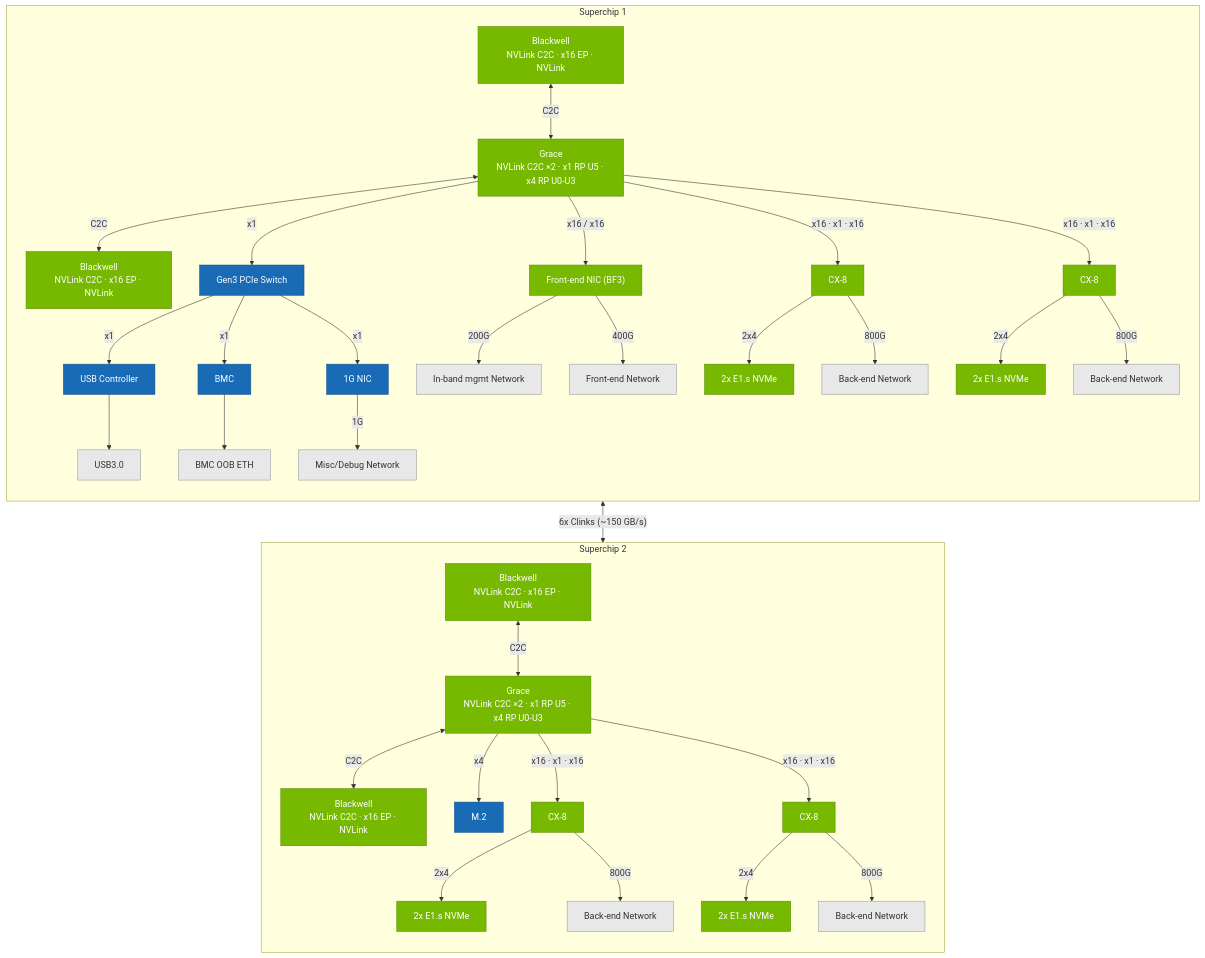
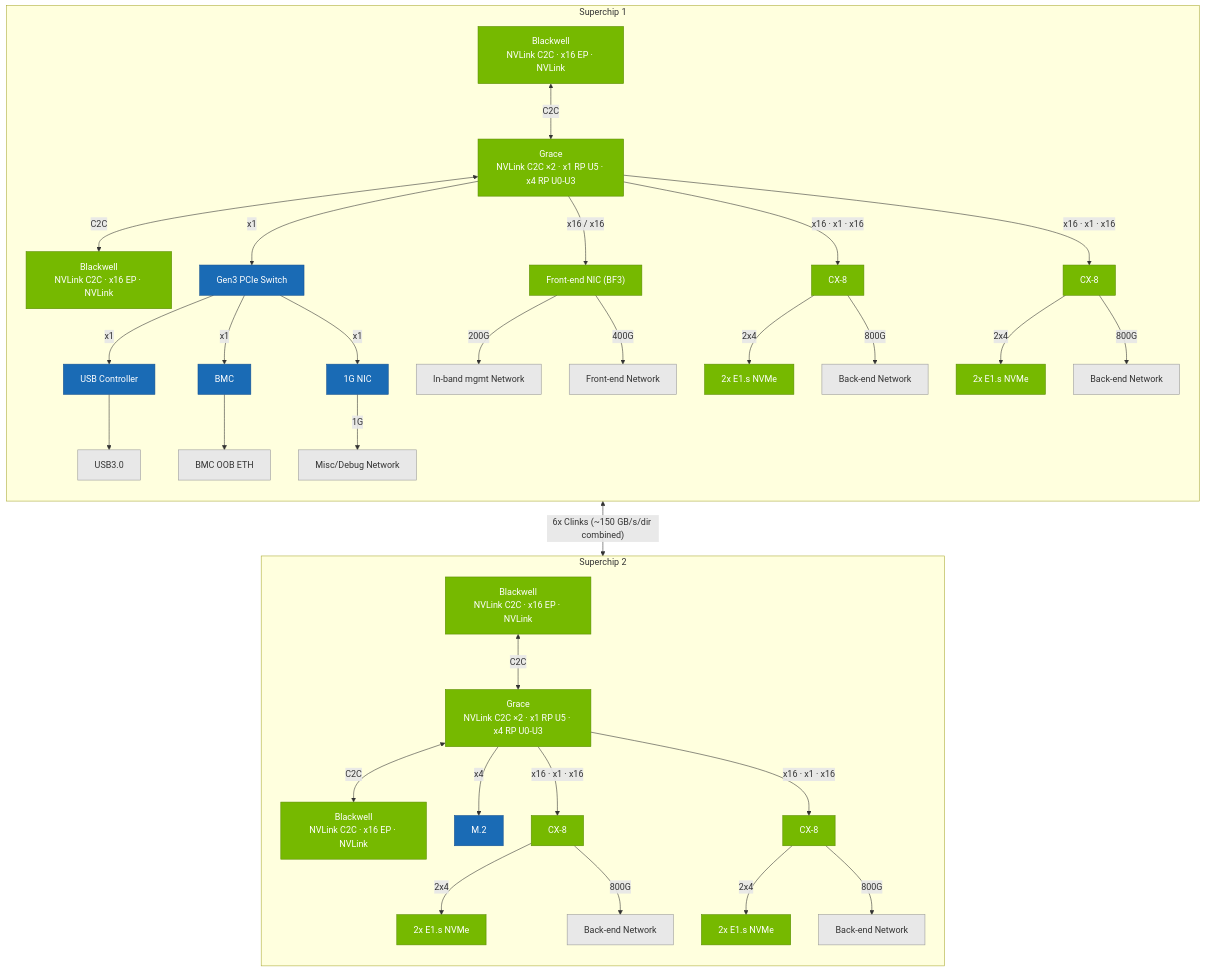
The third of 11 diagrams in nvl72.md (dfwguy/validation), drawn with Mermaid before and after one commit. The commit also changed other lines of this file, not shown here.

````diff
--- a/nvl72.md
+++ b/nvl72.md
@@ -145,79 +145,79 @@
 ```mermaid
 flowchart TB
     classDef nvidia fill:#76b900,color:#fff,stroke:#5a8c00
     classDef mgmt   fill:#1a6bb5,color:#fff,stroke:#145090
     classDef ext    fill:#e8e8e8,color:#333,stroke:#999
 
     subgraph SC1["Superchip 1"]
         direction TB
         B1L["Blackwell<br/>NVLink C2C · x16 EP · NVLink"]:::nvidia
         G1["Grace<br/>NVLink C2C ×2 · x1 RP U5 · x4 RP U0-U3"]:::nvidia
         B1R["Blackwell<br/>NVLink C2C · x16 EP · NVLink"]:::nvidia
         B1L <-->|"C2C"| G1
         G1  <-->|"C2C"| B1R
 
         PCIE1["Gen3 PCIe Switch"]:::mgmt
         BF3["Front-end NIC (BF3)"]:::nvidia
         CX8_1A["CX-8"]:::nvidia
         CX8_1B["CX-8"]:::nvidia
         G1 -->|"x1"| PCIE1
         G1 -->|"x16 / x16"| BF3
         G1 -->|"x16 · x1 · x16"| CX8_1A
         G1 -->|"x16 · x1 · x16"| CX8_1B
 
         USB["USB Controller"]:::mgmt
         BMC["BMC"]:::mgmt
         NIC1G["1G NIC"]:::mgmt
         PCIE1 -->|"x1"| USB
         PCIE1 -->|"x1"| BMC
         PCIE1 -->|"x1"| NIC1G
 
         NVME1A["2x E1.s NVMe"]:::nvidia
         NVME1B["2x E1.s NVMe"]:::nvidia
         CX8_1A -->|"2x4"| NVME1A
         CX8_1B -->|"2x4"| NVME1B
 
         USB30["USB3.0"]:::ext
         BMCOOB["BMC OOB ETH"]:::ext
         MISC["Misc/Debug Network"]:::ext
         IBMGMT["In-band mgmt Network"]:::ext
         FENET["Front-end Network"]:::ext
         BE1["Back-end Network"]:::ext
         BE2["Back-end Network"]:::ext
         USB    --> USB30
         BMC    --> BMCOOB
         NIC1G  -->|"1G"| MISC
         BF3    -->|"200G"| IBMGMT
         BF3    -->|"400G"| FENET
         CX8_1A -->|"800G"| BE1
         CX8_1B -->|"800G"| BE2
     end
 
     subgraph SC2["Superchip 2"]
         direction TB
         B2L["Blackwell<br/>NVLink C2C · x16 EP · NVLink"]:::nvidia
         G2["Grace<br/>NVLink C2C ×2 · x1 RP U5 · x4 RP U0-U3"]:::nvidia
         B2R["Blackwell<br/>NVLink C2C · x16 EP · NVLink"]:::nvidia
         B2L <-->|"C2C"| G2
         G2  <-->|"C2C"| B2R
 
         M2["M.2"]:::mgmt
         CX8_2A["CX-8"]:::nvidia
         CX8_2B["CX-8"]:::nvidia
         G2 -->|"x4"| M2
         G2 -->|"x16 · x1 · x16"| CX8_2A
         G2 -->|"x16 · x1 · x16"| CX8_2B
 
         NVME2A["2x E1.s NVMe"]:::nvidia
         NVME2B["2x E1.s NVMe"]:::nvidia
         CX8_2A -->|"2x4"| NVME2A
         CX8_2B -->|"2x4"| NVME2B
 
         BE3["Back-end Network"]:::ext
         BE4["Back-end Network"]:::ext
         CX8_2A -->|"800G"| BE3
         CX8_2B -->|"800G"| BE4
     end
 
-    G1 <-->|"6x Clinks (~150 GB/s)"| G2
+    G1 <-->|"6x Clinks (~150 GB/s/dir combined)"| G2
 ```
````
